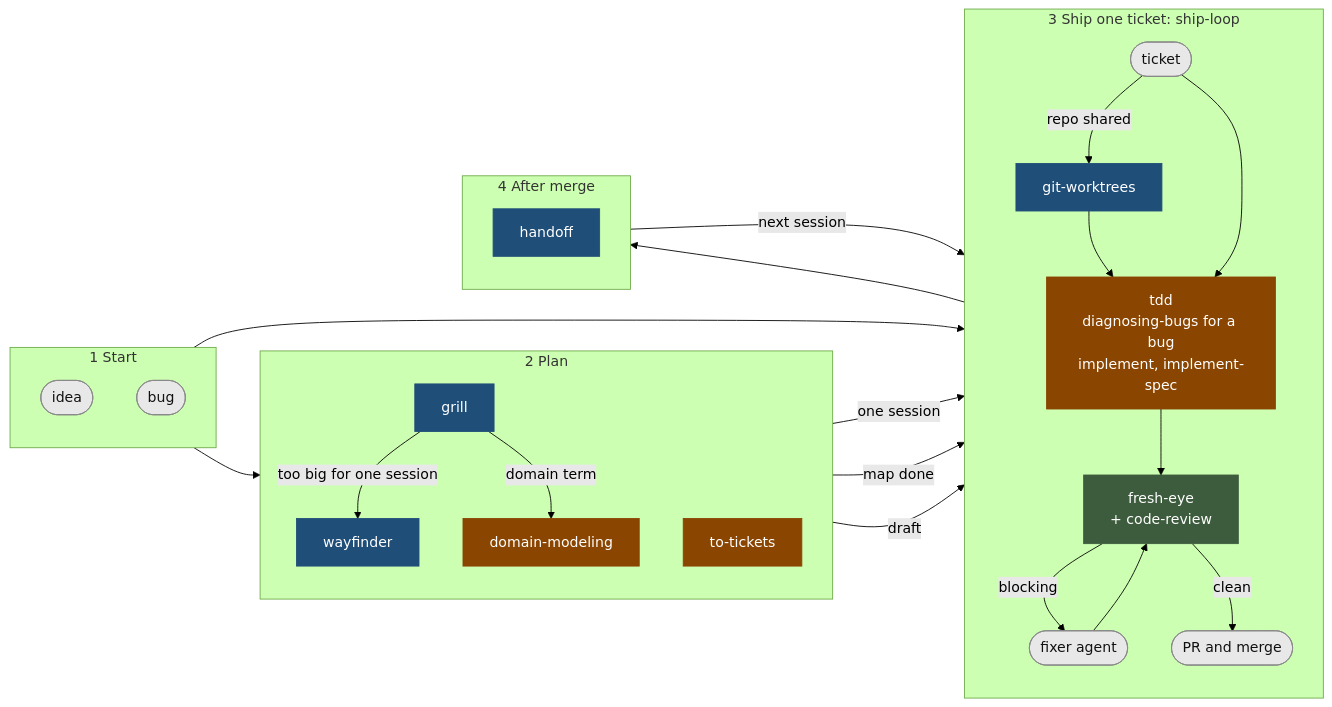
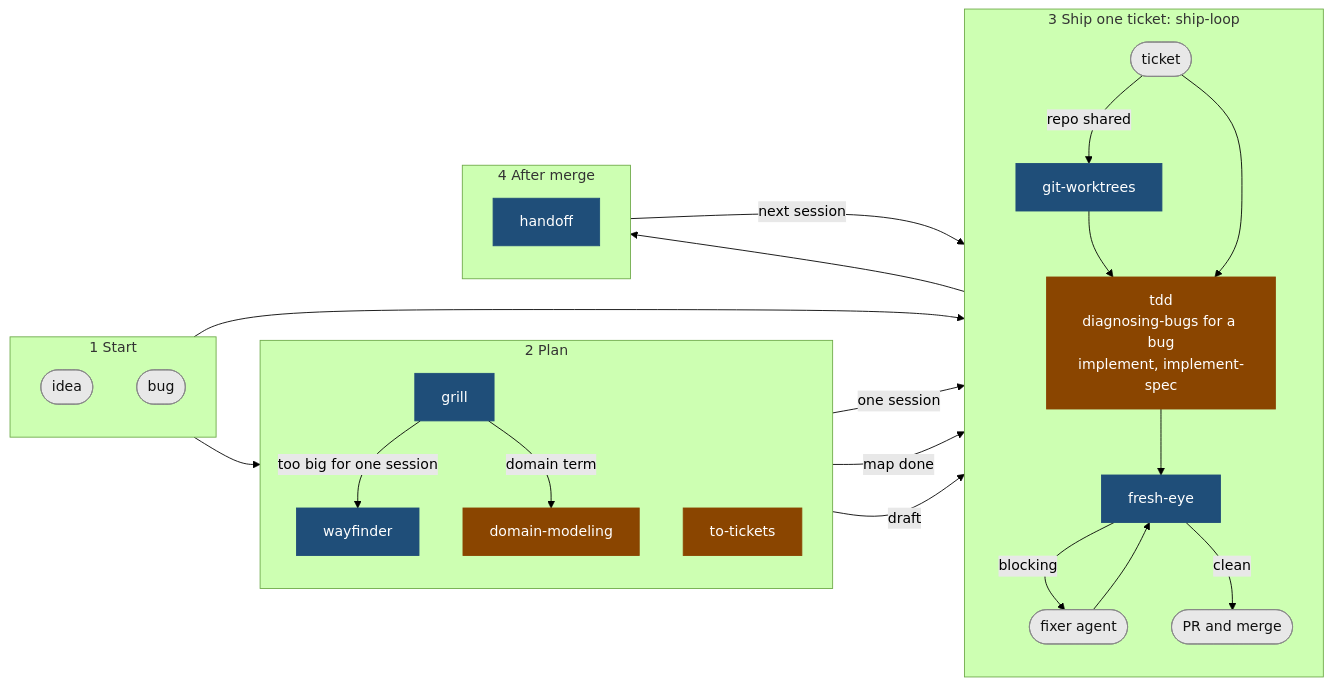
Before and after one commit to emmanuelwunjc/yw-workflow: the diagram in README.md, drawn with Mermaid (forest theme). The commit also changed other lines of this file and 4 other files, not shown here.

First line of the commit message:
docs(fresh-eye,pm,ship-loop): retire the second code-review reviewer (#328) (#331)

````diff
--- a/README.md
+++ b/README.md
@@ -66,46 +66,45 @@
 ```mermaid
 flowchart LR
     subgraph S1 [1 Start]
         direction TB
         idea([idea]):::start
         bug([bug]):::start
     end
     subgraph S2 [2 Plan]
         direction TB
         grill[grill]:::yw
         way[wayfinder]:::yw
         dm[domain-modeling]:::matt
         tt[to-tickets]:::matt
     end
     subgraph S3 [3 Ship one ticket: ship-loop]
         direction TB
         ticket([ticket]):::start
         wt[git-worktrees]:::yw
         build[tdd<br/>diagnosing-bugs for a bug<br/>implement, implement-spec]:::matt
-        review[fresh-eye<br/>+ code-review]:::both
+        review[fresh-eye]:::yw
         fixer([fixer agent]):::start
         merge([PR and merge]):::start
         ticket -->|repo shared| wt --> build --> review
         ticket --> build
         review -->|blocking| fixer --> review
         review -->|clean| merge
     end
     subgraph S4 [4 After merge]
         direction TB
         handoff[handoff]:::yw
     end
     idea --> grill
     grill -->|too big for one session| way
     grill -->|domain term| dm
     grill -->|one session| ticket
     way -->|map done| ticket
     tt -->|draft| ticket
     bug --> ticket
     merge --> handoff
     handoff -->|next session| wt
 
     classDef yw fill:#1f4e79,stroke:#1f4e79,color:#ffffff
     classDef matt fill:#8a4500,stroke:#8a4500,color:#ffffff
-    classDef both fill:#3d5c3d,stroke:#3d5c3d,color:#ffffff
     classDef start fill:#e8e8e8,stroke:#888888,color:#111111
 ```
````
